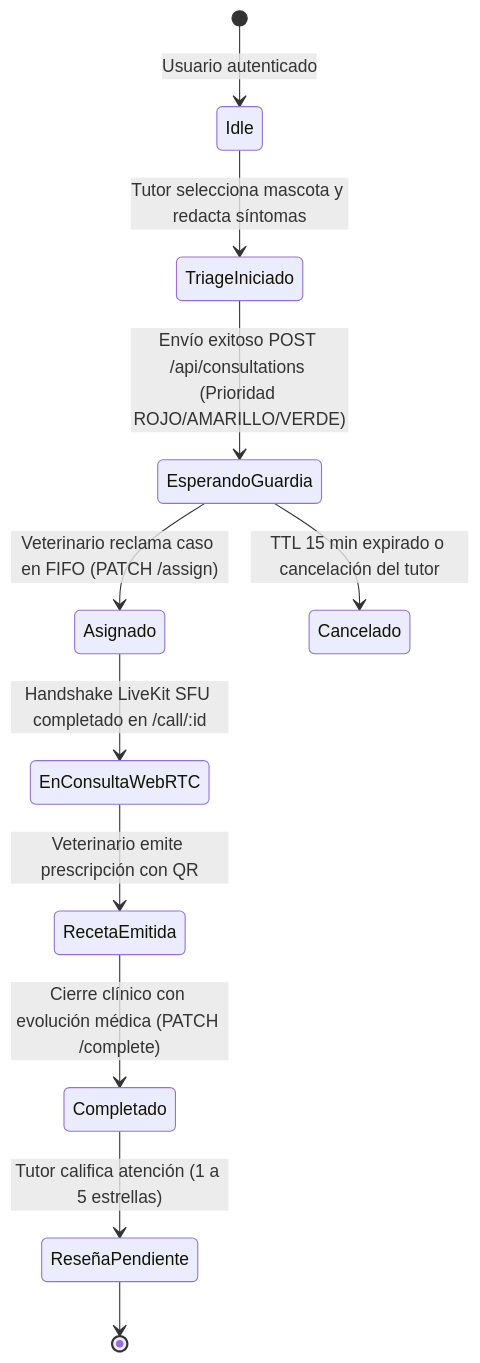
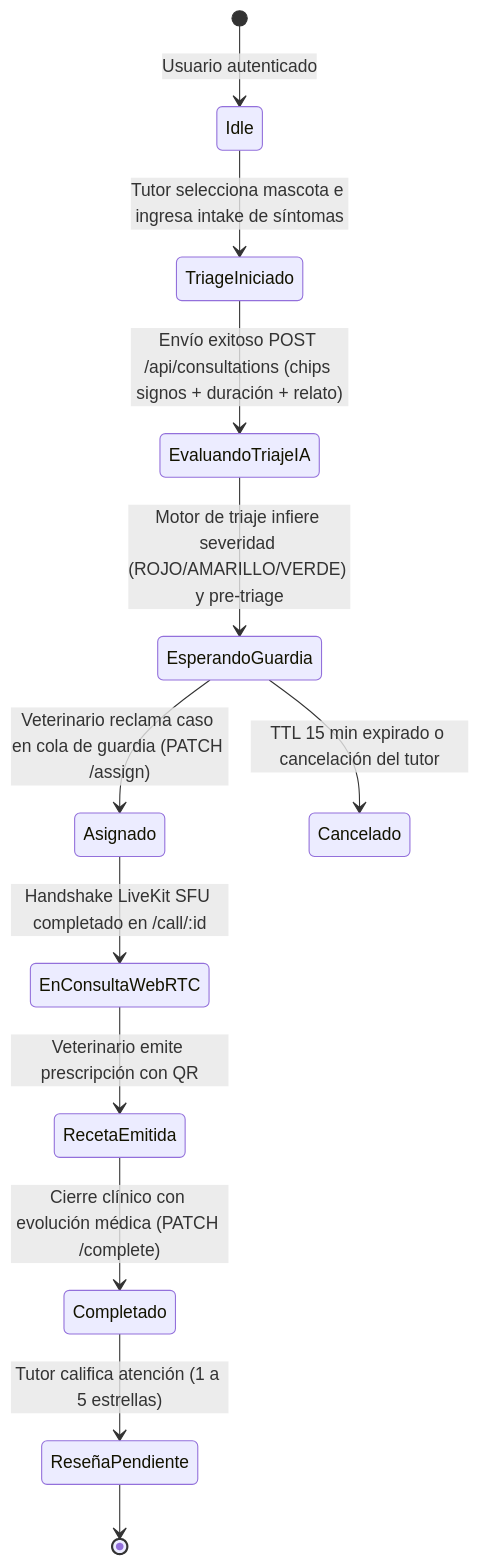
The fifth of 5 diagrams in docs/SPEC.md (grupo-pinnacle/VetConnect), drawn with Mermaid before and after one commit. The commit also changed other lines of this file and 12 other files, not shown here.

Commit message:
feat(consultations): implement ADR-028 AI-First clinical triage and guided intake form

````diff
--- a/docs/SPEC.md
+++ b/docs/SPEC.md
@@ -416,13 +416,14 @@
 ```mermaid
 stateDiagram-v2
     [*] --> Idle: Usuario autenticado
-    Idle --> TriageIniciado: Tutor selecciona mascota y redacta síntomas
-    TriageIniciado --> EsperandoGuardia: Envío exitoso POST /api/consultations (Prioridad ROJO/AMARILLO/VERDE)
-    EsperandoGuardia --> Asignado: Veterinario reclama caso en FIFO (PATCH /assign)
+    Idle --> TriageIniciado: Tutor selecciona mascota e ingresa intake de síntomas
+    TriageIniciado --> EvaluandoTriajeIA: Envío exitoso POST /api/consultations (chips signos + duración + relato)
+    EvaluandoTriajeIA --> EsperandoGuardia: Motor de triaje infiere severidad (ROJO/AMARILLO/VERDE) y pre-triage
+    EsperandoGuardia --> Asignado: Veterinario reclama caso en cola de guardia (PATCH /assign)
     EsperandoGuardia --> Cancelado: TTL 15 min expirado o cancelación del tutor
     Asignado --> EnConsultaWebRTC: Handshake LiveKit SFU completado en /call/:id
     EnConsultaWebRTC --> RecetaEmitida: Veterinario emite prescripción con QR
     RecetaEmitida --> Completado: Cierre clínico con evolución médica (PATCH /complete)
     Completado --> ReseñaPendiente: Tutor califica atención (1 a 5 estrellas)
     ReseñaPendiente --> [*]
 ```
````
